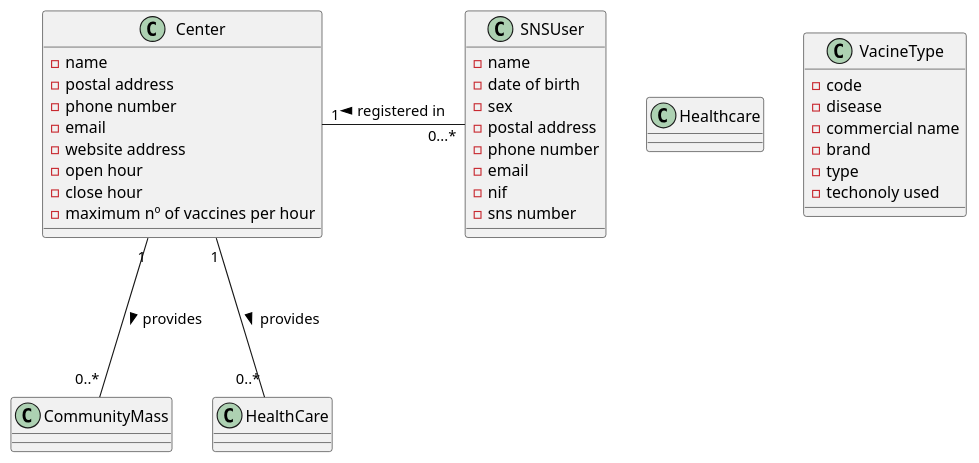
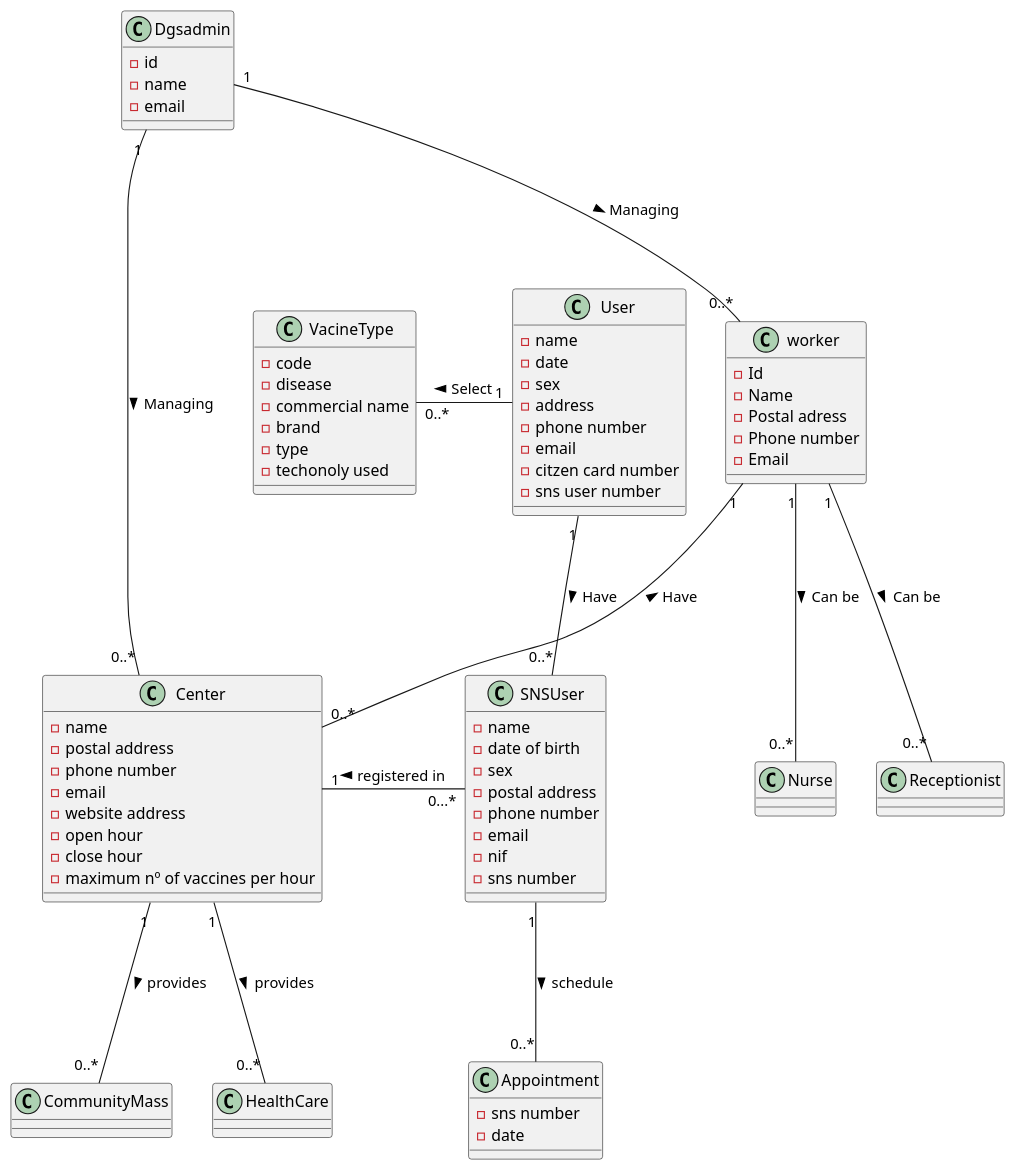
Before and after one commit to goncalomaia18/leti-esoft-25-26-C3: the diagram in docs/system-documentation/global-artifacts/Modelo Dominio.puml, drawn with PlantUML.

Commit message:
Modelo Dominio

```diff
--- a/docs/system-documentation/global-artifacts/Modelo Dominio.puml
+++ b/docs/system-documentation/global-artifacts/Modelo Dominio.puml
@@ -1,45 +1,86 @@
 @startuml
 
+class worker{
+-Id
+-Name
+-Postal adress
+-Phone number
+-Email
+}
 
+class Nurse{
+}
+
+class Receptionist{
+}
+
+class User{
+-name
+-date
+-sex
+-address
+-phone number
+-email
+-citzen card number
+-sns user number
+}
+class Appointment{
+-sns number
+-date
+}
+
+class Dgsadmin{
+-id
+-name
+-email
+
+}
 class Center {
 -name
 -postal address
 -phone number
 -email
 -website address
 -open hour
 -close hour
 -maximum nº of vaccines per hour
 }
 
 class CommunityMass{
 
-}
-
-class Healthcare{
 }
 
 class VacineType{
 -code
 -disease
 -commercial name
 -brand
 -type
 -techonoly used
 }
 
 class SNSUser{
 -name
 -date of birth
 -sex
 -postal address
 -phone number
 -email
 -nif
 -sns number
 }
 
 SNSUser"0...*" -left-- "1" Center:  registered in >
 Center "1" --- "0..*" HealthCare:  provides >
 Center "1" --- "0..*" CommunityMass:  provides >
+worker "1" --- "0..*" Nurse: Can be >
+worker "1" --- "0..*" Receptionist: Can be >
+User "1" --- "0..*" SNSUser: Have >
+worker "1" --- "0..*" Center: Have <
+SNSUser "1" --- "0..*" Appointment: schedule >
+User "1" -left-- "0..*" VacineType: Select >
+Dgsadmin "1" --- "0..*" Center: Managing >
+Dgsadmin "1" --- "0..*" worker: Managing >
+
+
 @enduml
```
